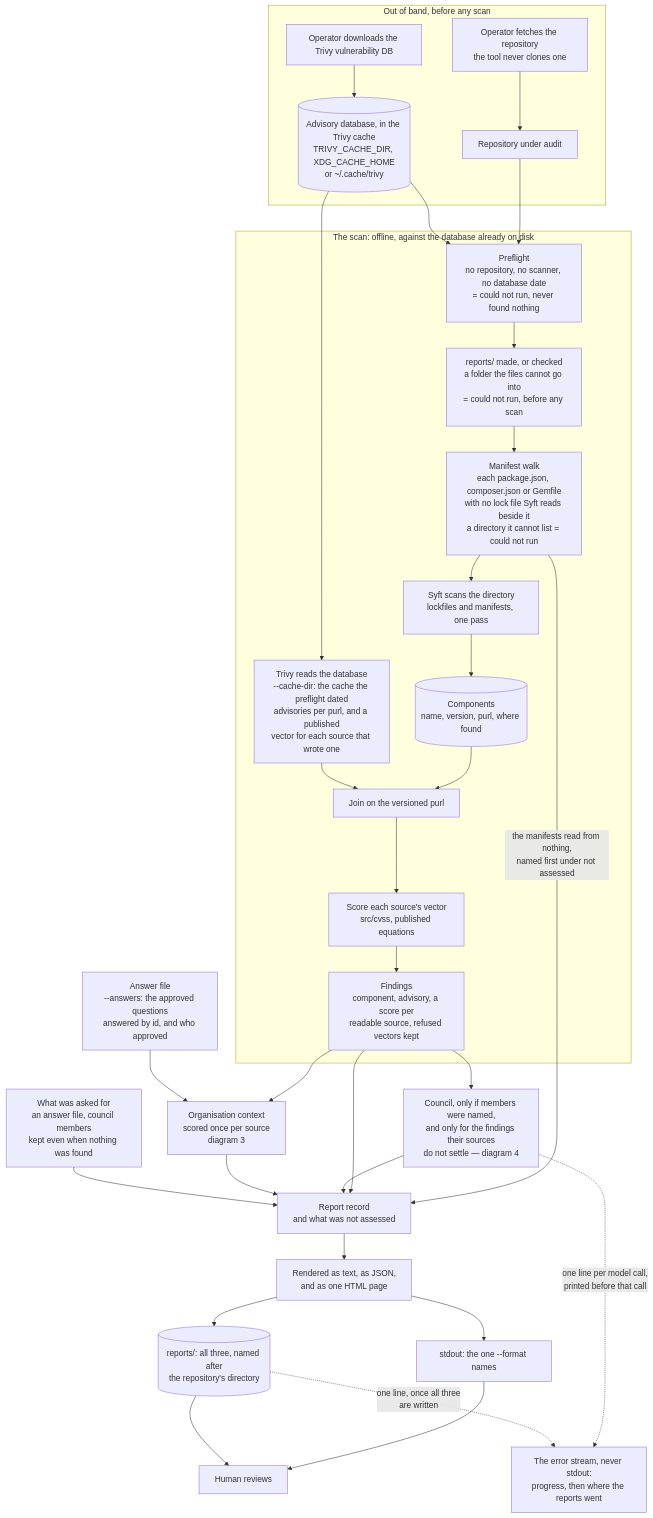
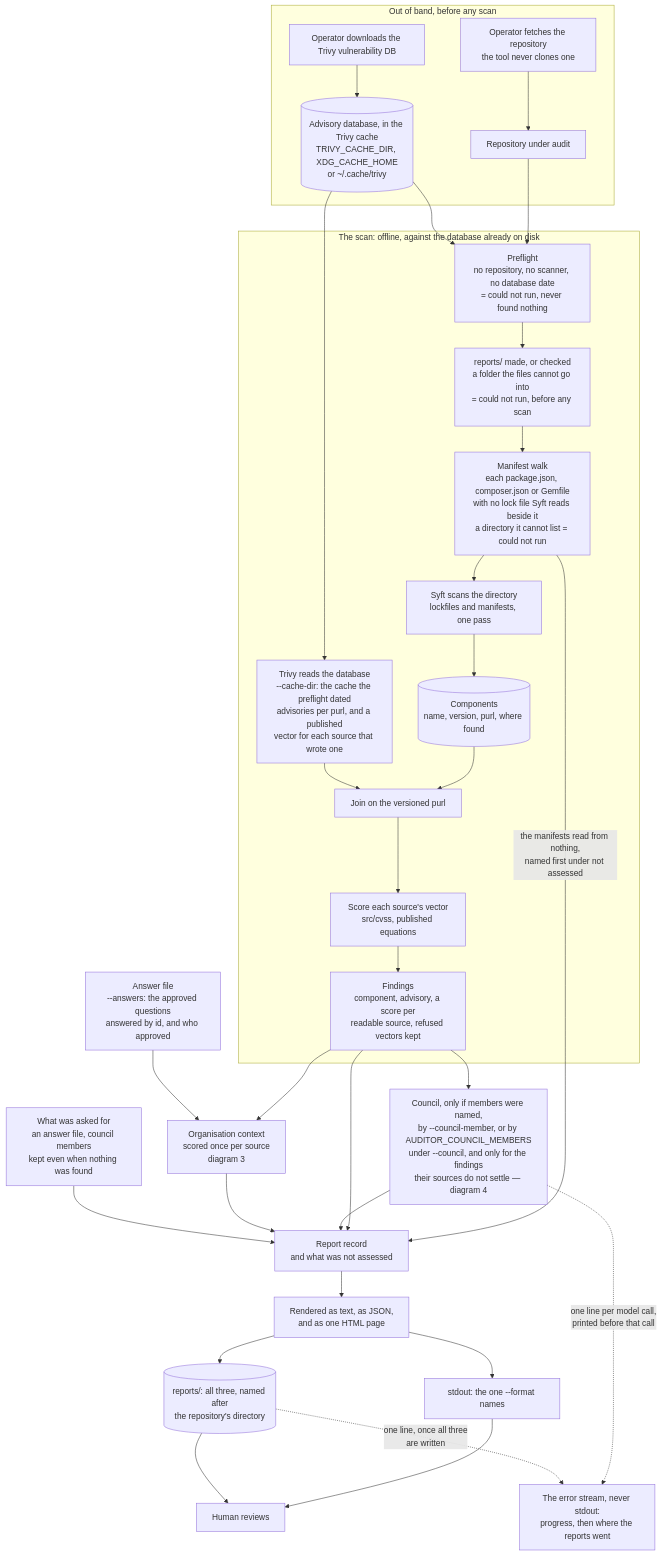
Before and after one commit to heinthtnaung/AgenticLLMAppAuditor: the first of 5 diagrams in docs/diagrams.md, drawn with Mermaid. The commit also changed other lines of this file and 12 other files, not shown here.

````diff
--- a/docs/diagrams.md
+++ b/docs/diagrams.md
@@ -36,40 +36,40 @@
 ```mermaid
 flowchart TD
     subgraph OOB["Out of band, before any scan"]
         fetch["Operator downloads the Trivy vulnerability DB"] --> adb[("Advisory database, in the Trivy cache<br/>TRIVY_CACHE_DIR, XDG_CACHE_HOME<br/>or ~/.cache/trivy")]
         get["Operator fetches the repository<br/>the tool never clones one"] --> repo["Repository under audit"]
     end
 
     subgraph SCAN["The scan: offline, against the database already on disk"]
         pre["Preflight<br/>no repository, no scanner, no database date<br/>= could not run, never found nothing"]
         repo --> pre
         pre --> rdir["reports/ made, or checked<br/>a folder the files cannot go into<br/>= could not run, before any scan"]
         rdir --> walk["Manifest walk<br/>each package.json, composer.json or Gemfile<br/>with no lock file Syft reads beside it<br/>a directory it cannot list = could not run"]
         walk --> syft["Syft scans the directory<br/>lockfiles and manifests, one pass"]
         syft --> comp[("Components<br/>name, version, purl, where found")]
         trivy["Trivy reads the database<br/>--cache-dir: the cache the preflight dated<br/>advisories per purl, and a published<br/>vector for each source that wrote one"]
         comp --> join["Join on the versioned purl"]
         trivy --> join
         join --> asm["Score each source's vector<br/>src/cvss, published equations"]
         asm --> fin["Findings<br/>component, advisory, a score per<br/>readable source, refused vectors kept"]
     end
 
     adb --> pre
     adb --> trivy
     walk -->|"the manifests read from nothing,<br/>named first under not assessed"| rec
 
-    fin --> cou["Council, only if members were named,<br/>and only for the findings their sources<br/>do not settle — diagram 4"]
+    fin --> cou["Council, only if members were named,<br/>by --council-member, or by AUDITOR_COUNCIL_MEMBERS<br/>under --council, and only for the findings<br/>their sources do not settle — diagram 4"]
     fin --> ctx["Organisation context<br/>scored once per source<br/>diagram 3"]
     ans["Answer file<br/>--answers: the approved questions<br/>answered by id, and who approved"] --> ctx
     fin --> rec["Report record<br/>and what was not assessed"]
     cou --> rec
     ctx --> rec
     asked["What was asked for<br/>an answer file, council members<br/>kept even when nothing was found"] --> rec
     rec --> rnd["Rendered as text, as JSON,<br/>and as one HTML page"]
     rnd --> out["stdout: the one --format names"]
     rnd --> saved[("reports/: all three, named after<br/>the repository's directory")]
     out --> hum["Human reviews"]
     saved --> hum
     cou -. "one line per model call,<br/>printed before that call" .-> err["The error stream, never stdout:<br/>progress, then where the reports went"]
     saved -. "one line, once all three<br/>are written" .-> err
 ```
````
